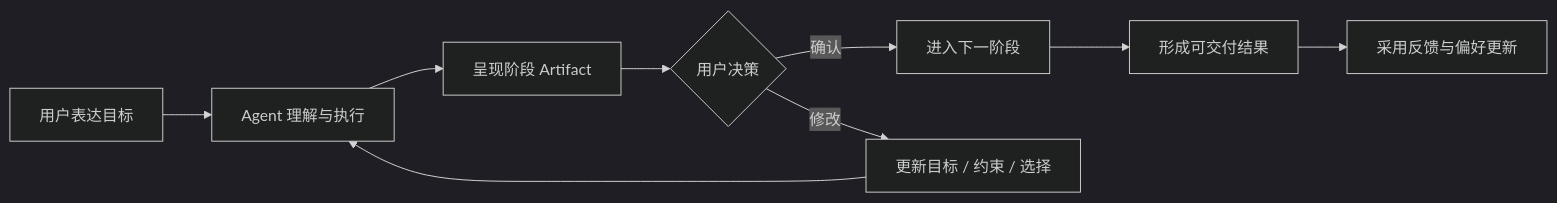
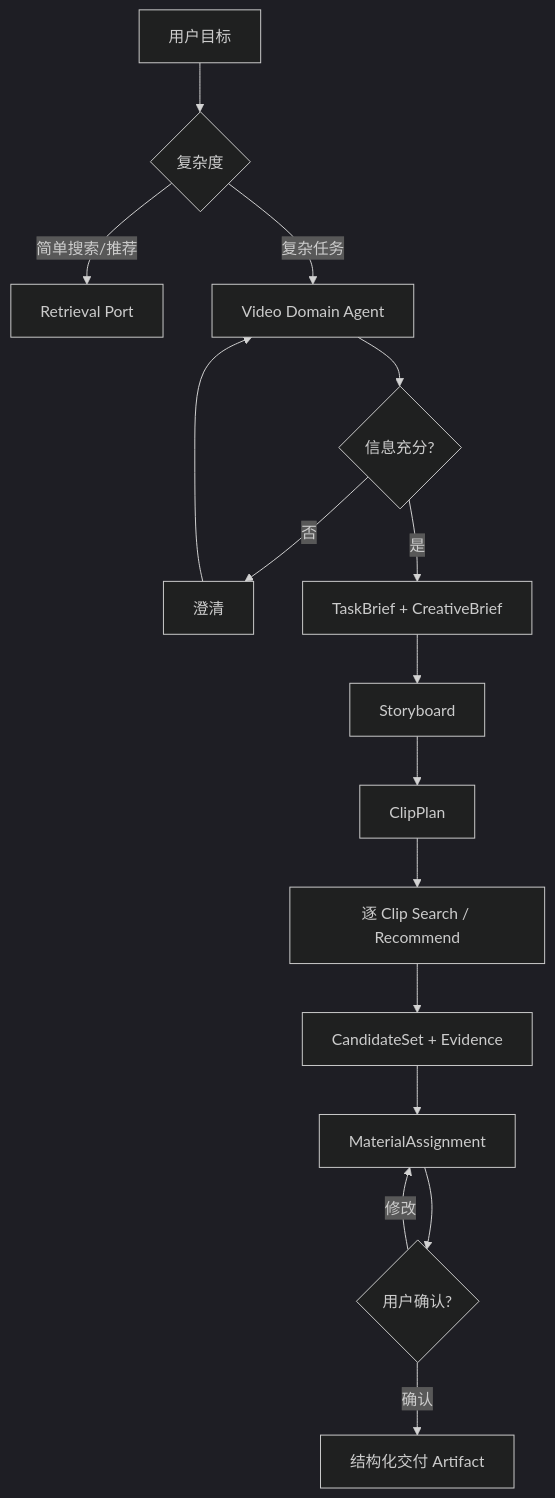
The fourth of 4 diagrams in 03_VideoDomain架构设计.md (human-cosmos/search-rec-docs), drawn with Mermaid (dark theme) before and after one commit. The commit also changed other lines of this file and 14 other files, not shown here.

Commit message:
docs: finalize Video/Clip agent scope and remove rights filtering

````diff
--- a/03_VideoDomain架构设计.md
+++ b/03_VideoDomain架构设计.md
@@ -390,11 +223,18 @@
 ```mermaid
-flowchart LR
-  U[用户表达目标] --> A[Agent 理解与执行]
-  A --> R[呈现阶段 Artifact]
-  R --> D{用户决策}
-  D -->|确认| N[进入下一阶段]
-  D -->|修改| M[更新目标 / 约束 / 选择]
-  M --> A
-  N --> F[形成可交付结果]
-  F --> L[采用反馈与偏好更新]
+flowchart TB
+  U[用户目标] --> R{复杂度}
+  R -->|简单搜索/推荐| P[Retrieval Port]
+  R -->|复杂任务| A[Video Domain Agent]
+  A --> Q{信息充分?}
+  Q -->|否| ASK[澄清]
+  ASK --> A
+  Q -->|是| TB[TaskBrief + CreativeBrief]
+  TB --> SB[Storyboard]
+  SB --> CP[ClipPlan]
+  CP --> S[逐 Clip Search / Recommend]
+  S --> C[CandidateSet + Evidence]
+  C --> M[MaterialAssignment]
+  M --> U2{用户确认?}
+  U2 -->|修改| M
+  U2 -->|确认| OUT[结构化交付 Artifact]
 ```
````
